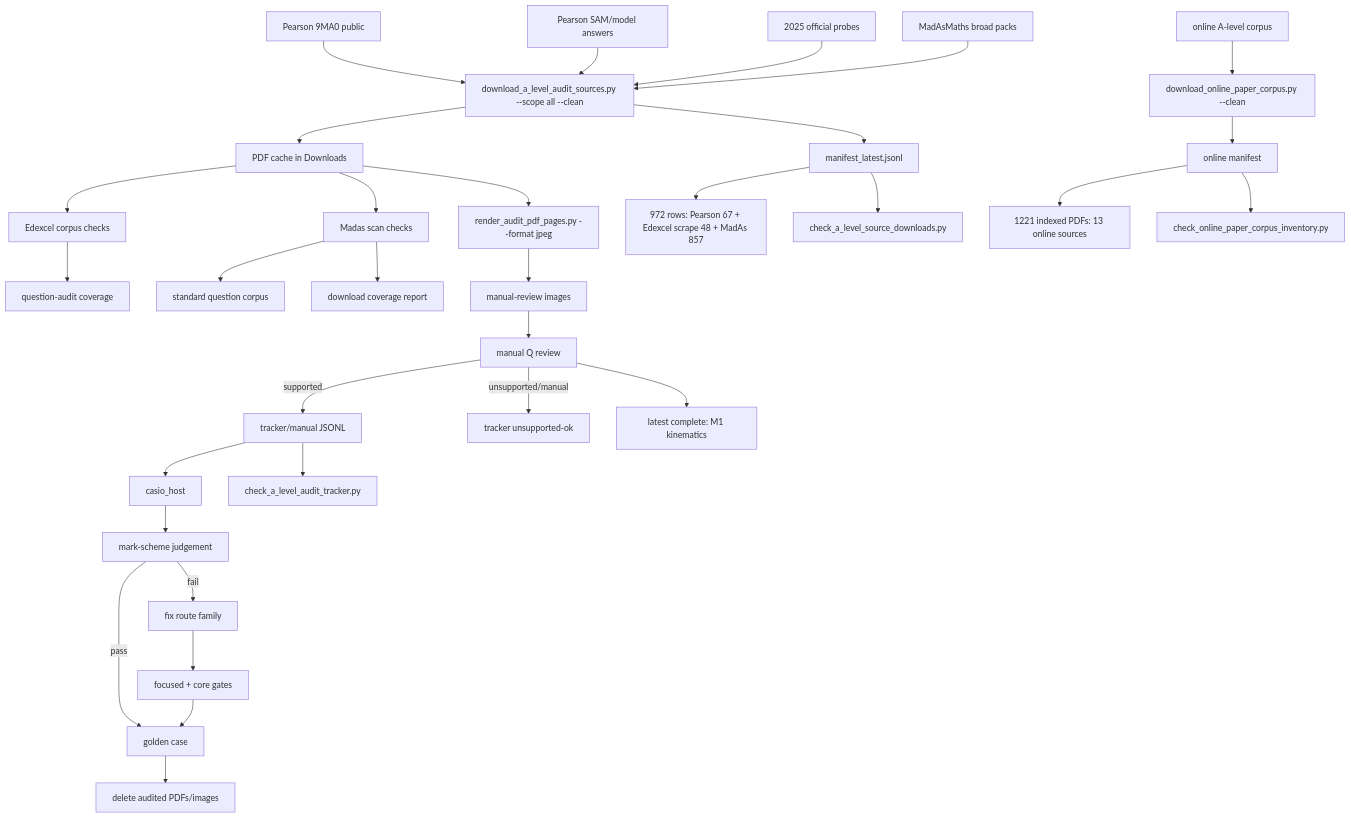
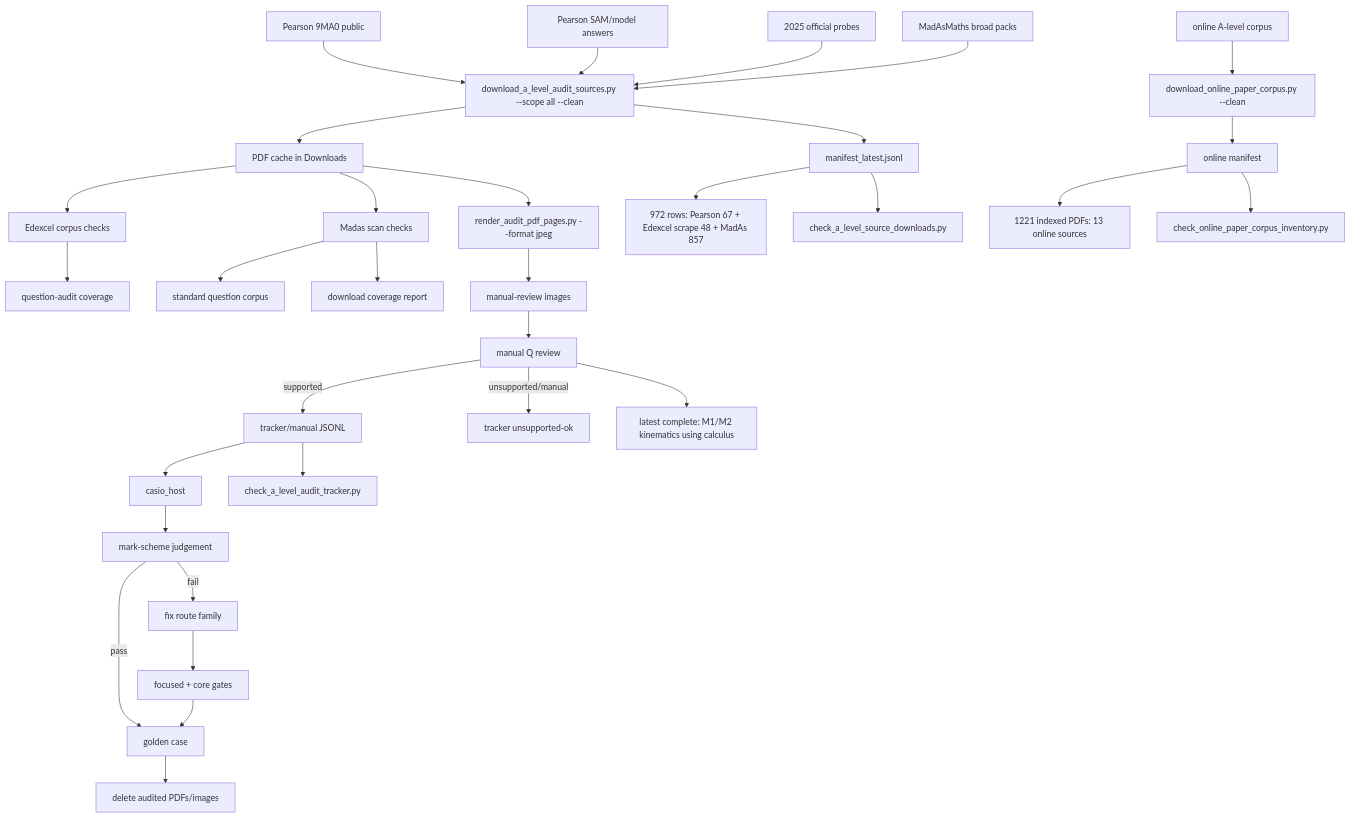
Before and after one commit to james8464/notes-addin-casio-fx-cg50: the diagram in c++/tools/golden/a_level_audit_graph.md, drawn with Mermaid. The commit also changed other lines of this file and 2 other files, not shown here.

Commit message:
Audit M1 M2 calculus kinematics booklet

````diff
--- a/c++/tools/golden/a_level_audit_graph.md
+++ b/c++/tools/golden/a_level_audit_graph.md
@@ -3,34 +3,34 @@
 ```mermaid
 graph TD
   E1["Pearson 9MA0 public"] --> D["download_a_level_audit_sources.py --scope all --clean"]
   E2["Pearson SAM/model answers"] --> D
   E3["2025 official probes"] --> D
   M1["MadAsMaths broad packs"] --> D
   O1["online A-level corpus"] --> OD["download_online_paper_corpus.py --clean"]
   D --> P["PDF cache in Downloads"]
   D --> X["manifest_latest.jsonl"]
   OD --> OX["online manifest"]
   X --> XC["972 rows: Pearson 67 + Edexcel scrape 48 + MadAs 857"]
   OX --> OC["1221 indexed PDFs: 13 online sources"]
   X --> V["check_a_level_source_downloads.py"]
   OX --> OV["check_online_paper_corpus_inventory.py"]
   P --> E["Edexcel corpus checks"]
   E --> EQ["question-audit coverage"]
   P --> S["Madas scan checks"]
   S --> M["standard question corpus"]
   S --> MC["download coverage report"]
   P --> R["render_audit_pdf_pages.py --format jpeg"]
   R --> I["manual-review images"]
   I --> Q["manual Q review"]
   Q -->|supported| J["tracker/manual JSONL"]
   Q -->|unsupported/manual| U["tracker unsupported-ok"]
   J --> H["casio_host"]
   J --> K["check_a_level_audit_tracker.py"]
   H --> C["mark-scheme judgement"]
   C -->|pass| G["golden case"]
   C -->|fail| F["fix route family"]
   F --> T["focused + core gates"]
   T --> G
   G --> Z["delete audited PDFs/images"]
-  Q --> Qt["latest complete: M1 kinematics"]
+  Q --> Qt["latest complete: M1/M2 kinematics using calculus"]
 ```
````
